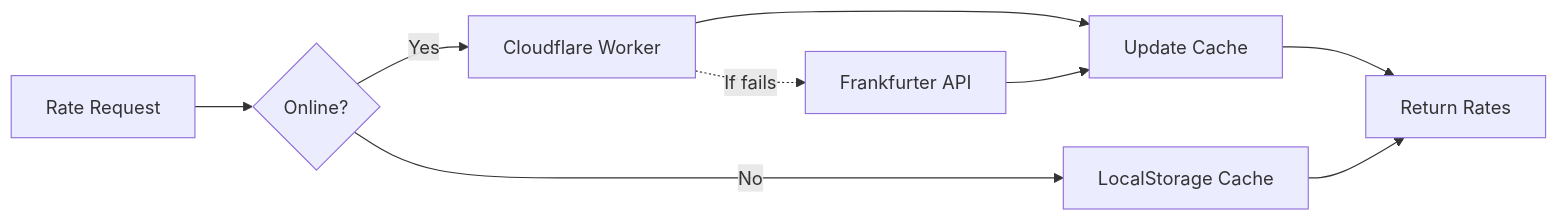
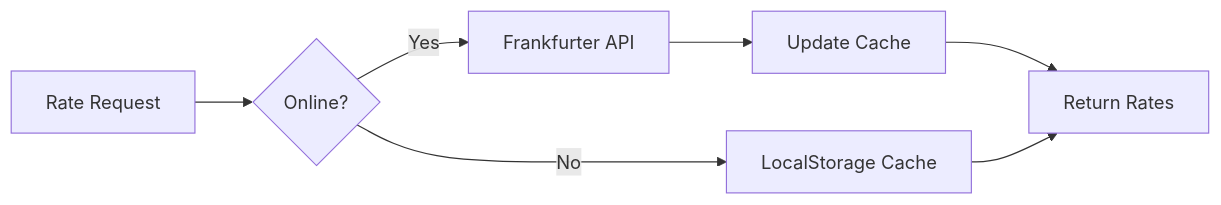
The second of 2 diagrams in README.md (josephmarkus/currency-converter), drawn with Mermaid before and after one commit. The commit also changed other lines of this file and 23 other files, not shown here.

Commit message:
Call Frankfurter API directly; remove GH cron job

````diff
--- a/README.md
+++ b/README.md
@@ -113,13 +73,10 @@
 ```mermaid
 flowchart LR
     Request["Rate Request"] --> Network{"Online?"}
-    Network -->|Yes| CloudflareAPI["Cloudflare Worker"]
-    CloudflareAPI --> Cache["Update Cache"]
+    Network -->|Yes| Frankfurter["Frankfurter API"]
+    Frankfurter --> Cache["Update Cache"]
     Cache --> Response["Return Rates"]
 
     Network -->|No| LocalCache["LocalStorage Cache"]
     LocalCache --> Response
-
-    CloudflareAPI -.->|If fails| Fallback["Frankfurter API"]
-    Fallback --> Cache
 ```
````
